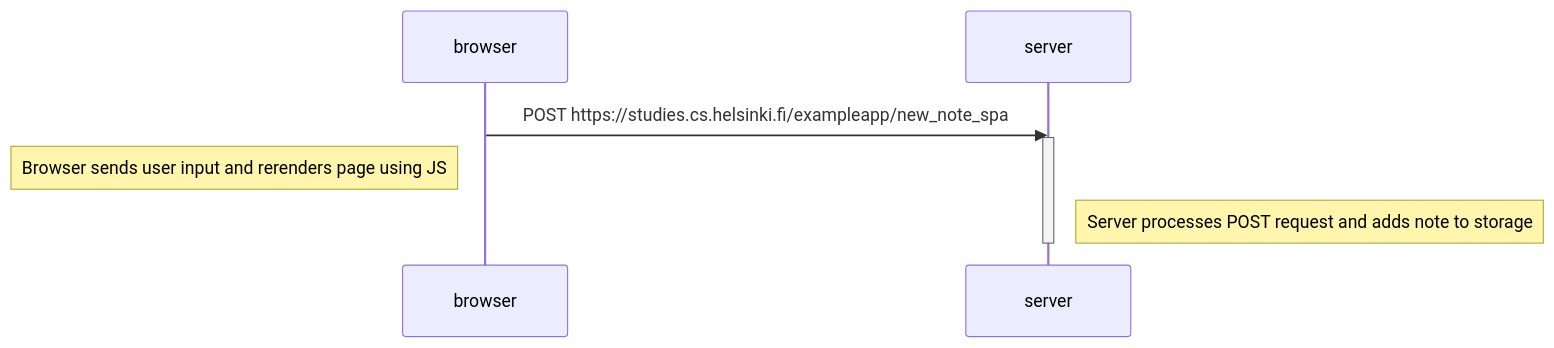
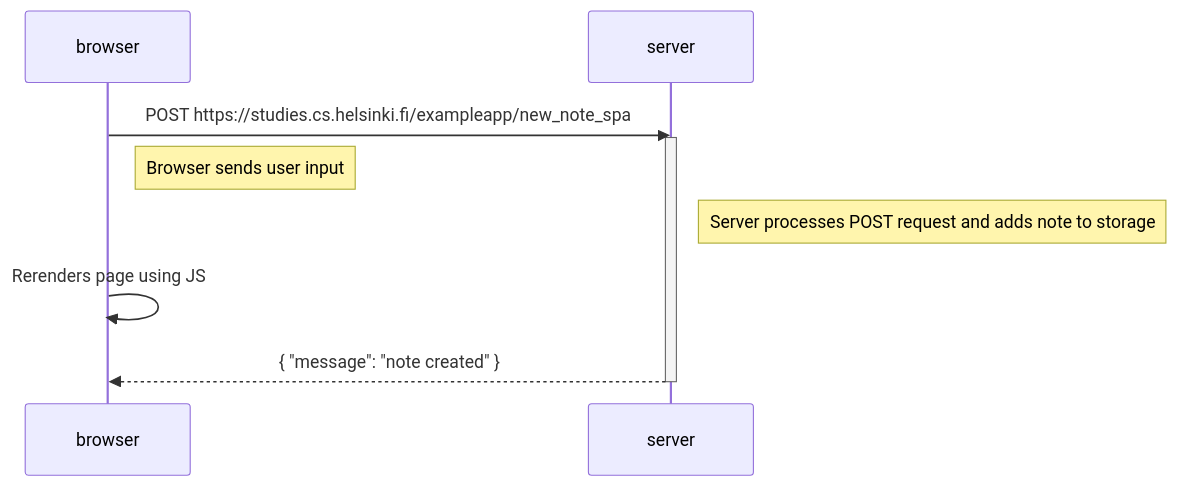
One commit to dustinburda/fullstackopen changed the diagram in part0/Exercise6.md. Above: the diagram before and after it, drawn with Mermaid.

Commit message:
finished exercise 6

````diff
--- a/part0/Exercise6.md
+++ b/part0/Exercise6.md
@@ -1,17 +1,21 @@
 ```mermaid
 sequenceDiagram
     participant browser
     participant server
 
     browser->>server: POST https://studies.cs.helsinki.fi/exampleapp/new_note_spa
     activate server
 
-    Note left of browser: Browser sends user input and rerenders page using JS
+    Note right of browser: Browser sends user input
 
     Note right of server: Server processes POST request and adds note to storage
+
+    browser->>browser: Rerenders page using JS
+
+    server-->>browser: { "message": "note created" }
     deactivate server
 
 
 
 
 ```
````
